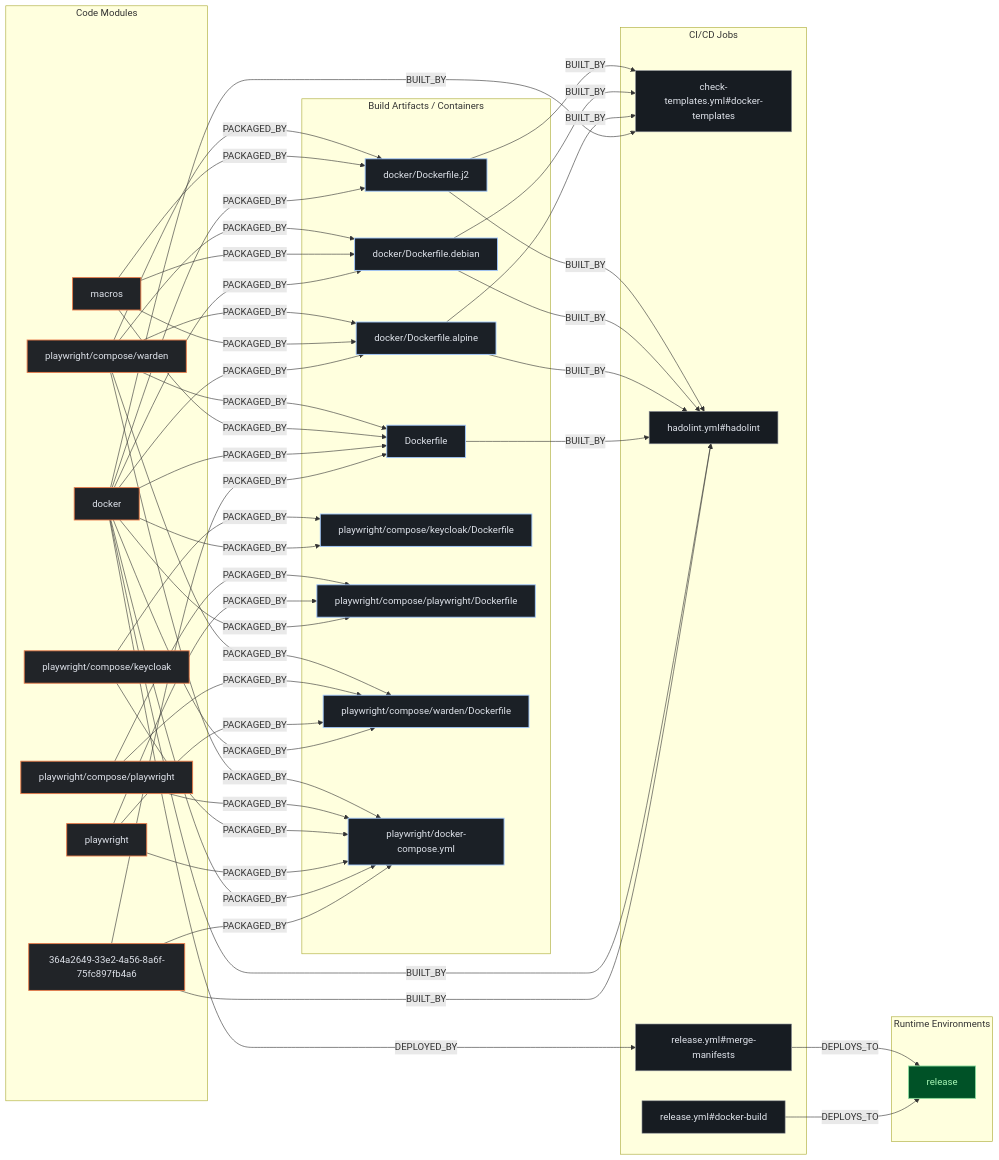
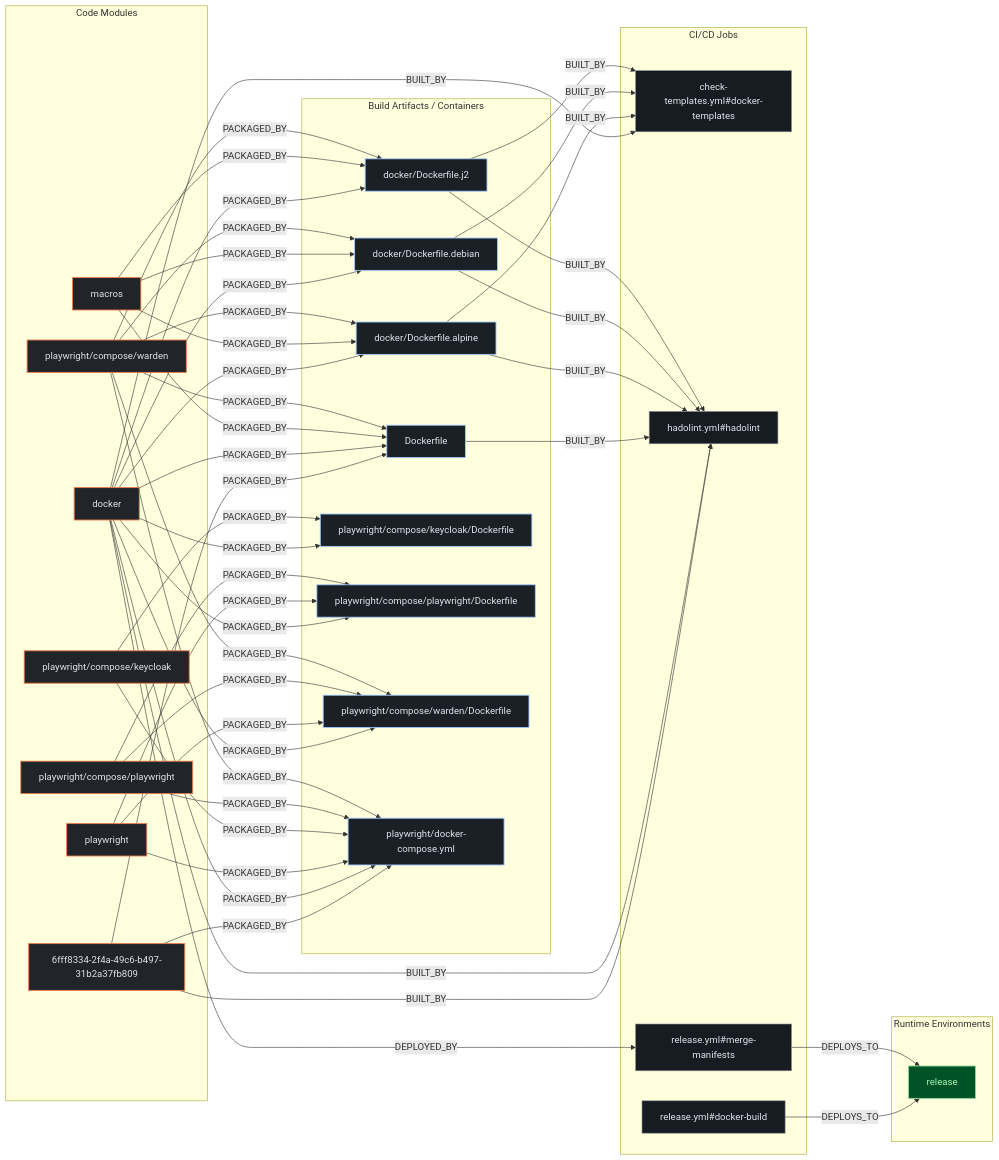
One commit to kumarshaz/atruss-code-atlas changed the second of 3 diagrams in exports/latest/reports/dani-garcia-vaultwarden-report.md. Above: the diagram before and after it, drawn with Mermaid. The commit also changed other lines of this file and 27 other files, not shown here.

````diff
--- a/exports/latest/reports/dani-garcia-vaultwarden-report.md
+++ b/exports/latest/reports/dani-garcia-vaultwarden-report.md
@@ -226,77 +226,77 @@
 ```mermaid
 flowchart LR
     %% title: Code-to-Cloud Deployment Traceability
     classDef atlasCategory fill:#212428,stroke:#E87A48,stroke-width:1.5px,color:#dfe3eb
     classDef atlasWorkflow fill:#1b2026,stroke:#a3c9ff,stroke-width:1.5px,color:#dfe3eb
     classDef atlasJob fill:#171c22,stroke:#8d9199,stroke-width:1px,color:#dfe3eb
     classDef atlasTarget fill:#005227,stroke:#8bd99b,stroke-width:1.5px,color:#a7f6b6
     subgraph code_modules["Code Modules"]
-        mod_364a2649_33e2_4a56_8a6f_75fc897fb4a6["364a2649-33e2-4a56-8a6f-75fc897fb4a6"]:::atlasCategory
+        mod_6fff8334_2f4a_49c6_b497_31b2a37fb809["6fff8334-2f4a-49c6-b497-31b2a37fb809"]:::atlasCategory
         mod_docker["docker"]:::atlasCategory
         mod_macros["macros"]:::atlasCategory
         mod_playwright["playwright"]:::atlasCategory
         mod_playwright_compose_keycloak["playwright/compose/keycloak"]:::atlasCategory
         mod_playwright_compose_playwright["playwright/compose/playwright"]:::atlasCategory
         mod_playwright_compose_warden["playwright/compose/warden"]:::atlasCategory
     end
     subgraph build_artifacts["Build Artifacts / Containers"]
         art_Dockerfile["Dockerfile"]:::atlasWorkflow
         art_docker_Dockerfile_alpine["docker/Dockerfile.alpine"]:::atlasWorkflow
         art_docker_Dockerfile_debian["docker/Dockerfile.debian"]:::atlasWorkflow
         art_docker_Dockerfile_j2["docker/Dockerfile.j2"]:::atlasWorkflow
         art_playwright_compose_keycloak_Dockerfile["playwright/compose/keycloak/Dockerfile"]:::atlasWorkflow
         art_playwright_compose_playwright_Dockerfile["playwright/compose/playwright/Dockerfile"]:::atlasWorkflow
         art_playwright_compose_warden_Dockerfile["playwright/compose/warden/Dockerfile"]:::atlasWorkflow
         art_playwright_docker_compose_yml["playwright/docker-compose.yml"]:::atlasWorkflow
     end
     subgraph ci_jobs["CI/CD Jobs"]
         job_check_templates_yml_docker_templates["check-templates.yml#docker-templates"]:::atlasJob
         job_hadolint_yml_hadolint["hadolint.yml#hadolint"]:::atlasJob
         job_release_yml_docker_build["release.yml#docker-build"]:::atlasJob
         job_release_yml_merge_manifests["release.yml#merge-manifests"]:::atlasJob
     end
     subgraph runtime_envs["Runtime Environments"]
         env_release["release"]:::atlasTarget
     end
     job_release_yml_docker_build -->|DEPLOYS_TO| env_release
     job_release_yml_merge_manifests -->|DEPLOYS_TO| env_release
-    mod_364a2649_33e2_4a56_8a6f_75fc897fb4a6 -->|BUILT_BY| job_hadolint_yml_hadolint
-    mod_364a2649_33e2_4a56_8a6f_75fc897fb4a6 -->|PACKAGED_BY| art_Dockerfile
-    mod_364a2649_33e2_4a56_8a6f_75fc897fb4a6 -->|PACKAGED_BY| art_playwright_docker_compose_yml
+    mod_6fff8334_2f4a_49c6_b497_31b2a37fb809 -->|BUILT_BY| job_hadolint_yml_hadolint
+    mod_6fff8334_2f4a_49c6_b497_31b2a37fb809 -->|PACKAGED_BY| art_Dockerfile
+    mod_6fff8334_2f4a_49c6_b497_31b2a37fb809 -->|PACKAGED_BY| art_playwright_docker_compose_yml
     mod_docker -->|BUILT_BY| job_check_templates_yml_docker_templates
     mod_docker -->|BUILT_BY| job_hadolint_yml_hadolint
     mod_docker -->|DEPLOYED_BY| job_release_yml_merge_manifests
     mod_docker -->|PACKAGED_BY| art_Dockerfile
     mod_docker -->|PACKAGED_BY| art_docker_Dockerfile_alpine
     mod_docker -->|PACKAGED_BY| art_docker_Dockerfile_debian
     mod_docker -->|PACKAGED_BY| art_docker_Dockerfile_j2
     mod_docker -->|PACKAGED_BY| art_playwright_compose_keycloak_Dockerfile
     mod_docker -->|PACKAGED_BY| art_playwright_compose_playwright_Dockerfile
     mod_docker -->|PACKAGED_BY| art_playwright_compose_warden_Dockerfile
     mod_docker -->|PACKAGED_BY| art_playwright_docker_compose_yml
     mod_macros -->|PACKAGED_BY| art_Dockerfile
     mod_macros -->|PACKAGED_BY| art_docker_Dockerfile_alpine
     mod_macros -->|PACKAGED_BY| art_docker_Dockerfile_debian
     mod_macros -->|PACKAGED_BY| art_docker_Dockerfile_j2
     mod_playwright -->|PACKAGED_BY| art_playwright_compose_playwright_Dockerfile
     mod_playwright -->|PACKAGED_BY| art_playwright_compose_warden_Dockerfile
     mod_playwright -->|PACKAGED_BY| art_playwright_docker_compose_yml
     mod_playwright_compose_keycloak -->|PACKAGED_BY| art_playwright_compose_keycloak_Dockerfile
     mod_playwright_compose_keycloak -->|PACKAGED_BY| art_playwright_docker_compose_yml
     mod_playwright_compose_playwright -->|PACKAGED_BY| art_playwright_compose_playwright_Dockerfile
     mod_playwright_compose_playwright -->|PACKAGED_BY| art_playwright_compose_warden_Dockerfile
     mod_playwright_compose_playwright -->|PACKAGED_BY| art_playwright_docker_compose_yml
     mod_playwright_compose_warden -->|PACKAGED_BY| art_Dockerfile
     mod_playwright_compose_warden -->|PACKAGED_BY| art_docker_Dockerfile_alpine
     mod_playwright_compose_warden -->|PACKAGED_BY| art_docker_Dockerfile_debian
     mod_playwright_compose_warden -->|PACKAGED_BY| art_docker_Dockerfile_j2
     mod_playwright_compose_warden -->|PACKAGED_BY| art_playwright_compose_warden_Dockerfile
     mod_playwright_compose_warden -->|PACKAGED_BY| art_playwright_docker_compose_yml
     art_Dockerfile -->|BUILT_BY| job_hadolint_yml_hadolint
     art_docker_Dockerfile_alpine -->|BUILT_BY| job_check_templates_yml_docker_templates
     art_docker_Dockerfile_alpine -->|BUILT_BY| job_hadolint_yml_hadolint
     art_docker_Dockerfile_debian -->|BUILT_BY| job_check_templates_yml_docker_templates
     art_docker_Dockerfile_debian -->|BUILT_BY| job_hadolint_yml_hadolint
     art_docker_Dockerfile_j2 -->|BUILT_BY| job_check_templates_yml_docker_templates
     art_docker_Dockerfile_j2 -->|BUILT_BY| job_hadolint_yml_hadolint
 ```
````
